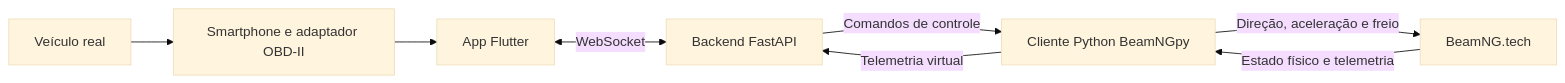
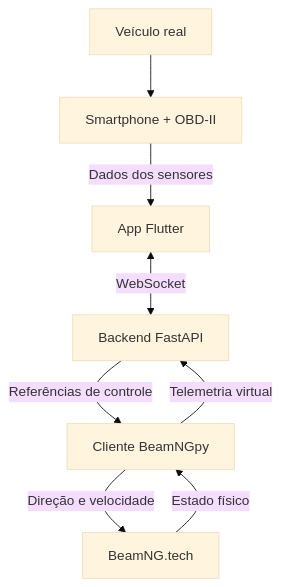
The diagram in README.md (INXE-Lainf-Labs/beamng-virtual-twin), drawn with Mermaid (base theme) before and after one commit. The commit also changed 1 other file, not shown here.

Commit message:
Atualiza diagramas de arquitetura

````diff
--- a/README.md
+++ b/README.md
@@ -9,10 +9,17 @@
 ```mermaid
-flowchart LR
-    Real[Veículo real] --> Sensor[Smartphone e adaptador OBD-II]
-    Sensor --> App[App Flutter]
-    App <-->|WebSocket| Backend[Backend FastAPI]
-    Backend -->|Comandos de controle| BeamNGClient[Cliente Python BeamNGpy]
-    BeamNGClient -->|Direção, aceleração e freio| BeamNG[BeamNG.tech]
-    BeamNG -->|Estado físico e telemetria| BeamNGClient
-    BeamNGClient -->|Telemetria virtual| Backend
+flowchart TD
+    Real[Veículo real]
+    Sensor[Smartphone + OBD-II]
+    App[App Flutter]
+    Backend[Backend FastAPI]
+    Cliente[Cliente BeamNGpy]
+    BeamNG[BeamNG.tech]
+
+    Real --> Sensor
+    Sensor -->|Dados dos sensores| App
+    App <-->|WebSocket| Backend
+    Backend -->|Referências de controle| Cliente
+    Cliente -->|Direção e velocidade| BeamNG
+    BeamNG -->|Estado físico| Cliente
+    Cliente -->|Telemetria virtual| Backend
 ```
````
